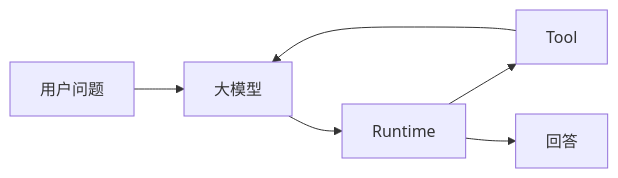
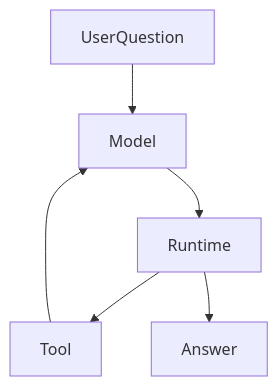
Before and after one commit to hpoenixf/myblog-v2: the diagram in data/blog/runtime-model-protocol-boundary-agent-article-v2.mdx, drawn with Mermaid. The commit also changed other lines of this file and 60 other files, not shown here.

````diff
--- a/data/blog/runtime-model-protocol-boundary-agent-article-v2.mdx
+++ b/data/blog/runtime-model-protocol-boundary-agent-article-v2.mdx
@@ -91,8 +78,8 @@
 ```mermaid
-graph LR
-用户问题 --> 大模型
-大模型 --> Runtime
+graph TD
+UserQuestion --> Model
+Model --> Runtime
 Runtime --> Tool
-Tool --> 大模型
-Runtime --> 回答
+Tool --> Model
+Runtime --> Answer
 ```
````
